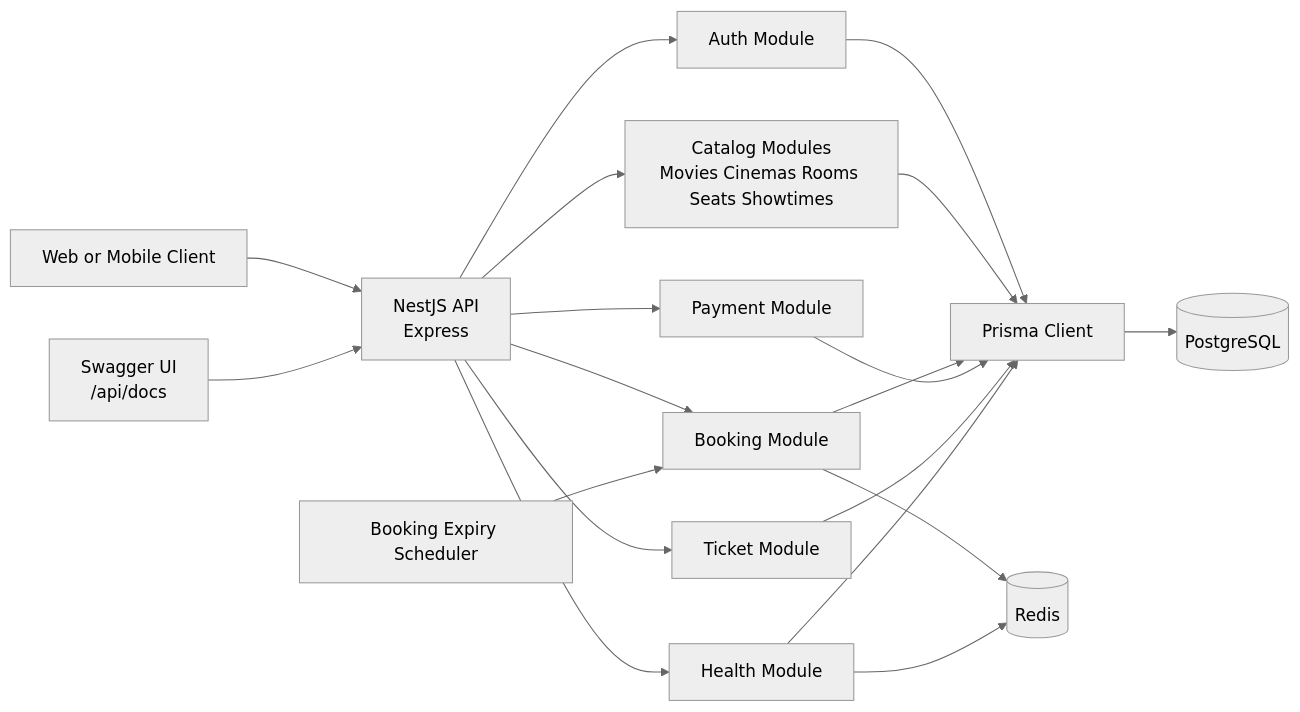
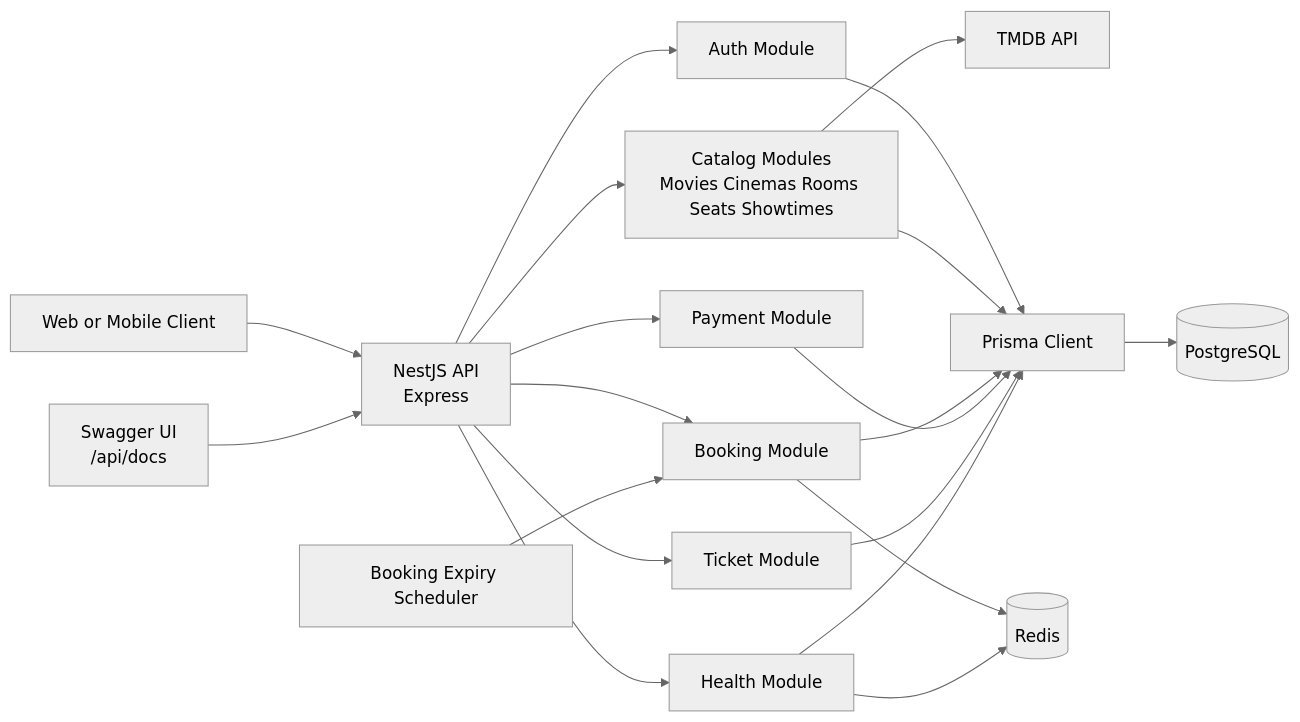
One commit to ThinhLam2404/ticket-booking changed the first of 9 diagrams in docs/SYSTEM_AND_API.md. Above: the diagram before and after it, drawn with Mermaid (neutral theme). The commit also changed other lines of this file and 47 other files, not shown here.

````diff
--- a/docs/SYSTEM_AND_API.md
+++ b/docs/SYSTEM_AND_API.md
@@ -95,35 +97,37 @@
 ```mermaid
 flowchart LR
     Client[Web or Mobile Client]
     Swagger[Swagger UI\n/api/docs]
     API[NestJS API\nExpress]
     Auth[Auth Module]
     Catalog[Catalog Modules\nMovies Cinemas Rooms Seats Showtimes]
     Booking[Booking Module]
     Payment[Payment Module]
     Ticket[Ticket Module]
     Health[Health Module]
     Scheduler[Booking Expiry Scheduler]
+    Tmdb[TMDB API]
     Prisma[Prisma Client]
     PostgreSQL[(PostgreSQL)]
     Redis[(Redis)]
 
     Client --> API
     Swagger --> API
     API --> Auth
     API --> Catalog
     API --> Booking
     API --> Payment
     API --> Ticket
     API --> Health
     Scheduler --> Booking
+    Catalog --> Tmdb
     Auth --> Prisma
     Catalog --> Prisma
     Booking --> Prisma
     Payment --> Prisma
     Ticket --> Prisma
     Health --> Prisma
     Booking --> Redis
     Health --> Redis
     Prisma --> PostgreSQL
 ```
````
